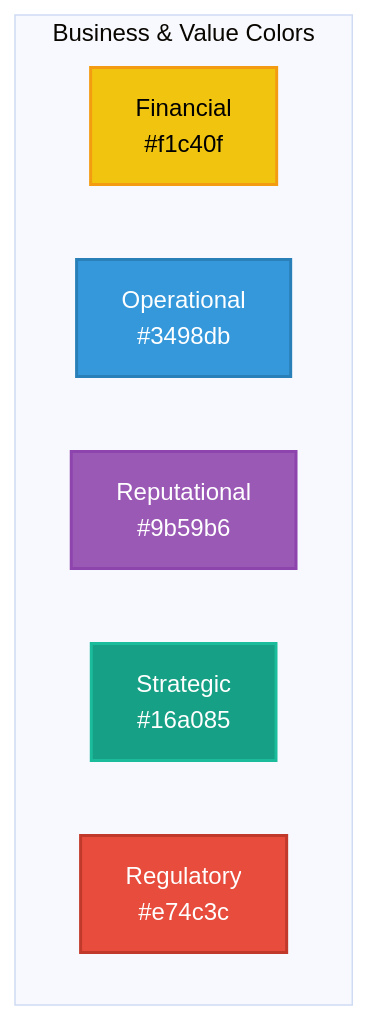
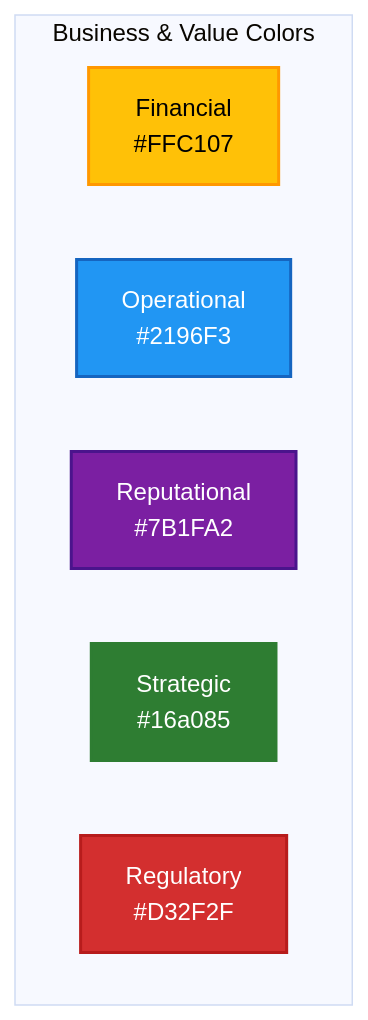
One commit to Hack23/cia-compliance-manager changed the second of 6 diagrams in docs/architecture/STYLE_GUIDE.md. Above: the diagram before and after it, drawn with Mermaid (base theme). The commit also changed other lines of this file and 18 other files, not shown here.

````diff
--- a/docs/architecture/STYLE_GUIDE.md
+++ b/docs/architecture/STYLE_GUIDE.md
@@ -104,16 +104,16 @@
 ```mermaid
 graph TD
     subgraph "Business & Value Colors"
-        B1[Financial<br>#f1c40f]
-        B2[Operational<br>#3498db]
-        B3[Reputational<br>#9b59b6]
+        B1[Financial<br>#FFC107]
+        B2[Operational<br>#2196F3]
+        B3[Reputational<br>#7B1FA2]
         B4[Strategic<br>#16a085]
-        B5[Regulatory<br>#e74c3c]
+        B5[Regulatory<br>#D32F2F]
     end
     
-    style B1 fill:#f1c40f,stroke:#f39c12,stroke-width:2px,color:black
-    style B2 fill:#3498db,stroke:#2980b9,stroke-width:2px,color:white
-    style B3 fill:#9b59b6,stroke:#8e44ad,stroke-width:2px,color:white
-    style B4 fill:#16a085,stroke:#1abc9c,stroke-width:2px,color:white
-    style B5 fill:#e74c3c,stroke:#c0392b,stroke-width:2px,color:white
+    style B1 fill:#FFC107,stroke:#FF9800,stroke-width:2px,color:black
+    style B2 fill:#2196F3,stroke:#1565C0,stroke-width:2px,color:white
+    style B3 fill:#7B1FA2,stroke:#4A148C,stroke-width:2px,color:white
+    style B4 fill:#2E7D32,stroke:#2E7D32,stroke-width:2px,color:white
+    style B5 fill:#D32F2F,stroke:#B71C1C,stroke-width:2px,color:white
 ```
````
